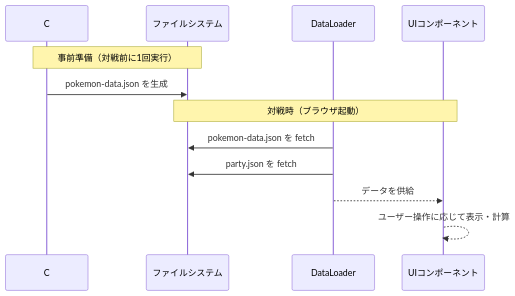
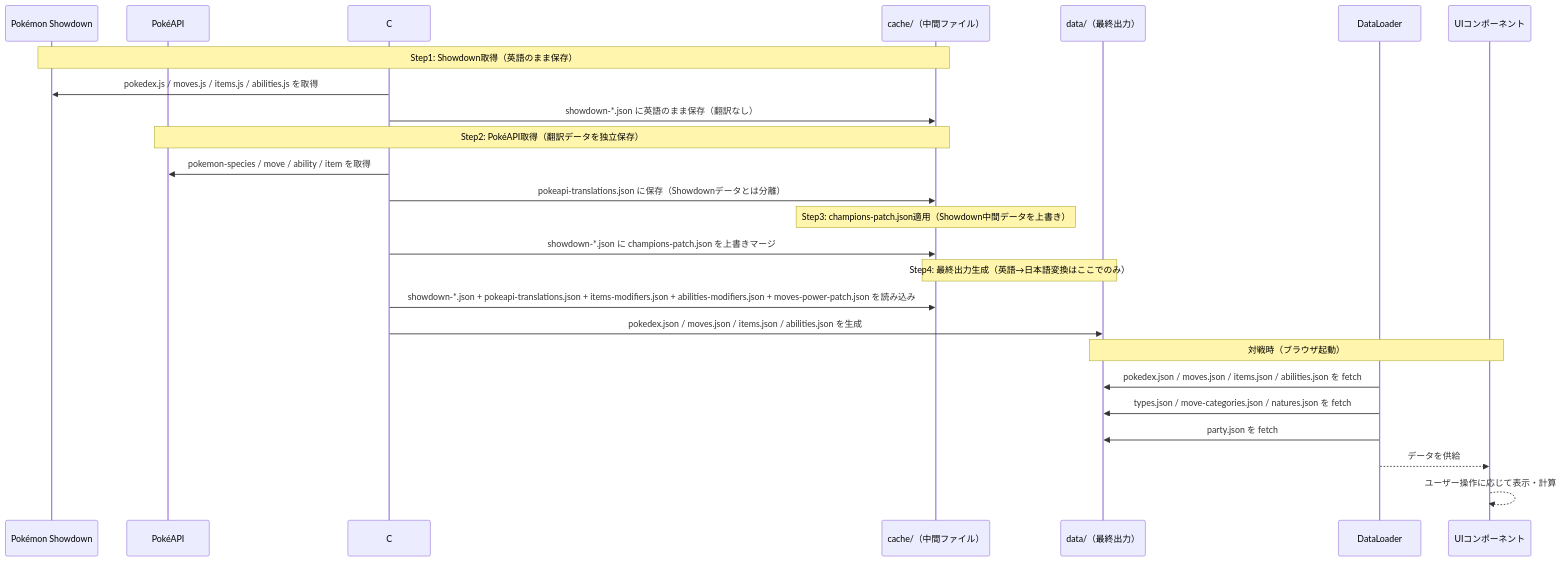
The diagram in docs/architecture.md (7mgxk5856x-alt/pokelens), drawn with Mermaid before and after one commit. The commit also changed other lines of this file and 8 other files, not shown here.

````diff
--- a/docs/architecture.md
+++ b/docs/architecture.md
@@ -97,16 +136,32 @@
 ```mermaid
 sequenceDiagram
+    participant SD as Pokémon Showdown
+    participant PA as PokéAPI
     participant CS as C# ツール
-    participant FS as ファイルシステム
+    participant CA as cache/（中間ファイル）
+    participant FS as data/（最終出力）
     participant DL as DataLoader
     participant UI as UIコンポーネント
 
-    Note over CS,FS: 事前準備（対戦前に1回実行）
-    CS->>FS: pokemon-data.json を生成
+    Note over SD,CA: Step1: Showdown取得（英語のまま保存）
+    CS->>SD: pokedex.js / moves.js / items.js / abilities.js を取得
+    CS->>CA: showdown-*.json に英語のまま保存（翻訳なし）
+
+    Note over PA,CA: Step2: PokéAPI取得（翻訳データを独立保存）
+    CS->>PA: pokemon-species / move / ability / item を取得
+    CS->>CA: pokeapi-translations.json に保存（Showdownデータとは分離）
+
+    Note over CA,CA: Step3: champions-patch.json適用（Showdown中間データを上書き）
+    CS->>CA: showdown-*.json に champions-patch.json を上書きマージ
+
+    Note over CA,FS: Step4: 最終出力生成（英語→日本語変換はここでのみ）
+    CS->>CA: showdown-*.json + pokeapi-translations.json + items-modifiers.json + abilities-modifiers.json + moves-power-patch.json を読み込み
+    CS->>FS: pokedex.json / moves.json / items.json / abilities.json を生成
 
     Note over FS,UI: 対戦時（ブラウザ起動）
-    DL->>FS: pokemon-data.json を fetch
+    DL->>FS: pokedex.json / moves.json / items.json / abilities.json を fetch
+    DL->>FS: types.json / move-categories.json / natures.json を fetch
     DL->>FS: party.json を fetch
     DL-->>UI: データを供給
     UI-->>UI: ユーザー操作に応じて表示・計算
 ```
````
